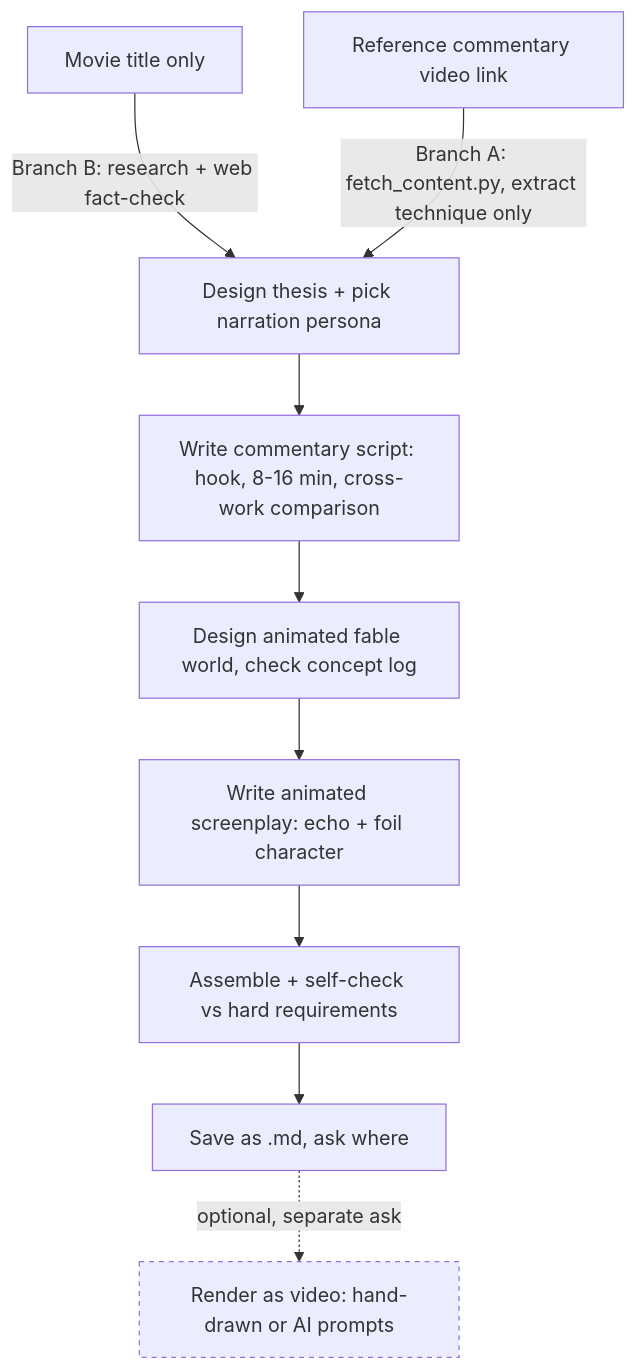
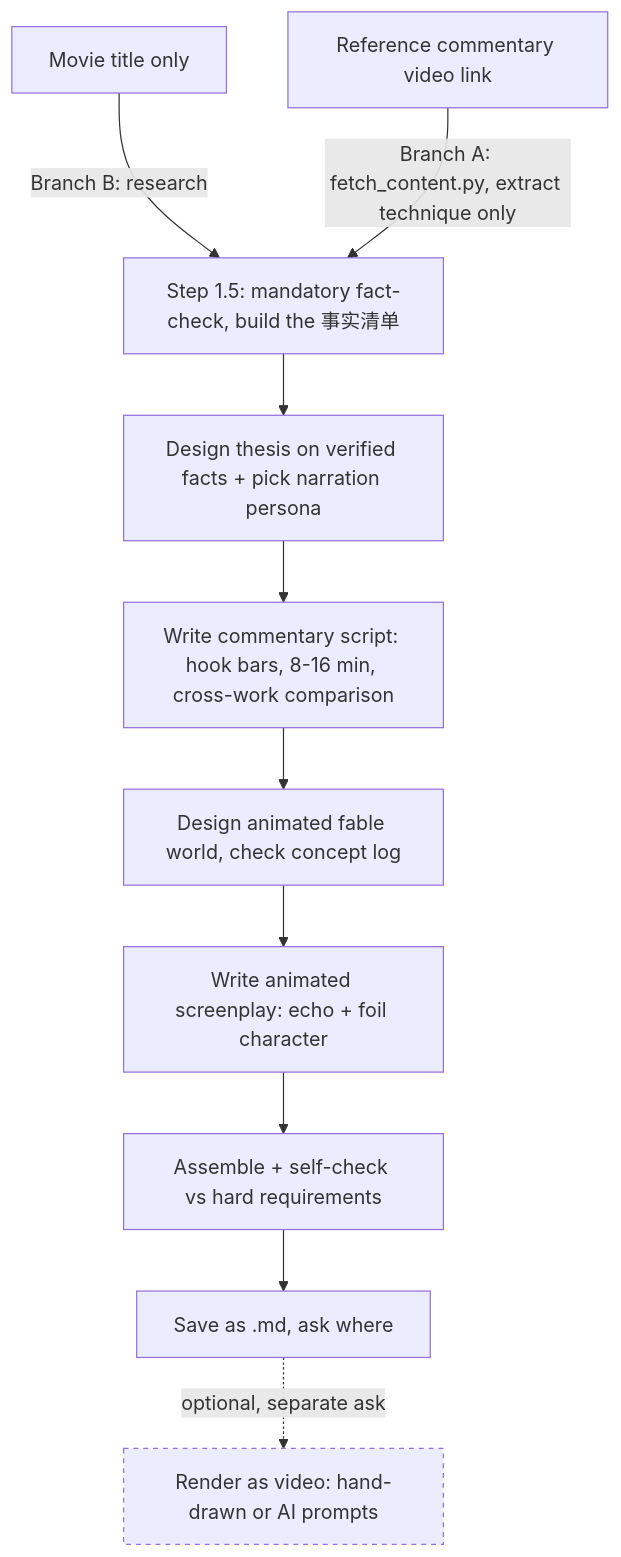
One commit to luckyhong/cine-remix-forge changed the first of 2 diagrams in README.md. Above: the diagram before and after it, drawn with Mermaid. The commit also changed other lines of this file and 11 other files, not shown here.

````diff
--- a/README.md
+++ b/README.md
@@ -31,14 +31,15 @@
 ```mermaid
 flowchart TD
-    A[Movie title only] -->|Branch B: research + web fact-check| C
-    B[Reference commentary video link] -->|Branch A: fetch_content.py, extract technique only| C
-    C[Design thesis + pick narration persona] --> D[Write commentary script: hook, 8-16 min, cross-work comparison]
+    A[Movie title only] -->|Branch B: research| FC
+    B[Reference commentary video link] -->|Branch A: fetch_content.py, extract technique only| FC
+    FC[Step 1.5: mandatory fact-check, build the 事实清单] --> C
+    C[Design thesis on verified facts + pick narration persona] --> D[Write commentary script: hook bars, 8-16 min, cross-work comparison]
     D --> E[Design animated fable world, check concept log]
     E --> F[Write animated screenplay: echo + foil character]
     F --> G[Assemble + self-check vs hard requirements]
     G --> H[Save as .md, ask where]
     H -.->|optional, separate ask| I[Render as video: hand-drawn or AI prompts]
 
     classDef optional stroke-dasharray: 4 4
     class I optional
 ```
````
